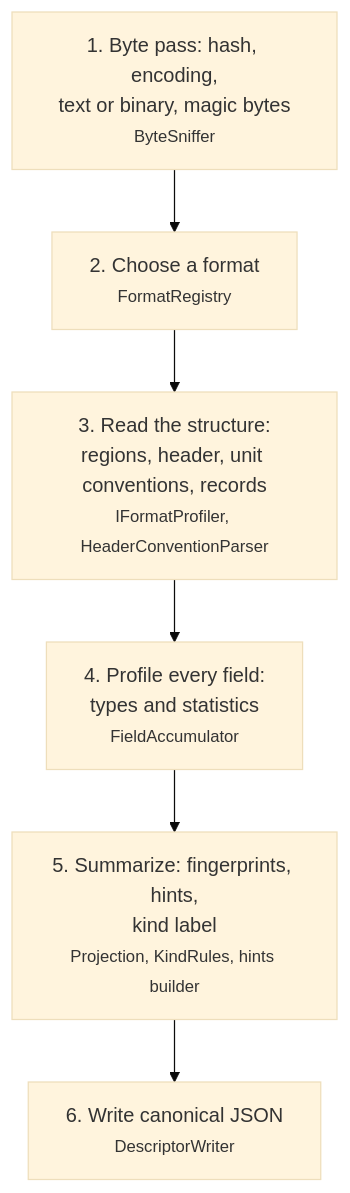
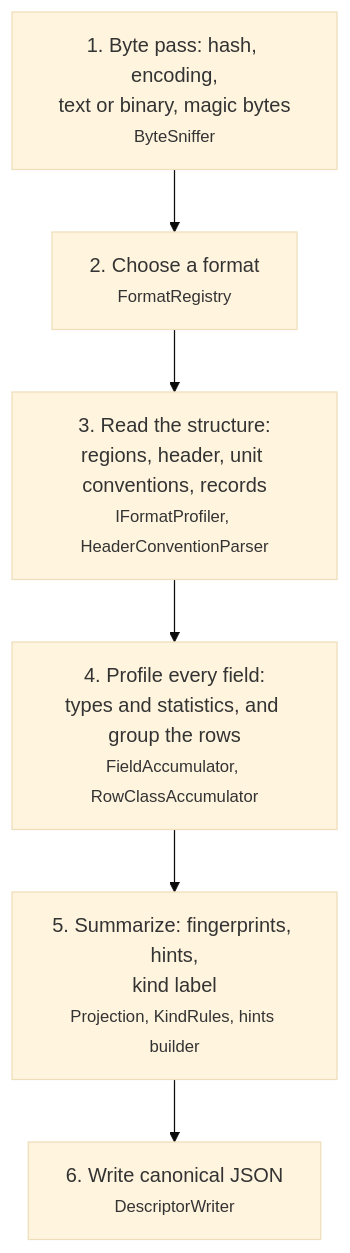
One commit to squalor-xyz/squalify changed the second of 21 diagrams in docs/how-it-works.md. Above: the diagram before and after it, drawn with Mermaid (base theme). The commit also changed other lines of this file and 29 other files, not shown here.

````diff
--- a/docs/how-it-works.md
+++ b/docs/how-it-works.md
@@ -29,8 +29,8 @@
 ```mermaid
 flowchart TD
     A["1. Byte pass: hash, encoding,<br/>text or binary, magic bytes<br/><small>ByteSniffer</small>"] --> B["2. Choose a format<br/><small>FormatRegistry</small>"]
     B --> C["3. Read the structure:<br/>regions, header, unit conventions, records<br/><small>IFormatProfiler, HeaderConventionParser</small>"]
-    C --> D["4. Profile every field:<br/>types and statistics<br/><small>FieldAccumulator</small>"]
+    C --> D["4. Profile every field:<br/>types and statistics, and group the rows<br/><small>FieldAccumulator, RowClassAccumulator</small>"]
     D --> E["5. Summarize: fingerprints, hints,<br/>kind label<br/><small>Projection, KindRules, hints builder</small>"]
     E --> F["6. Write canonical JSON<br/><small>DescriptorWriter</small>"]
 ```
````
